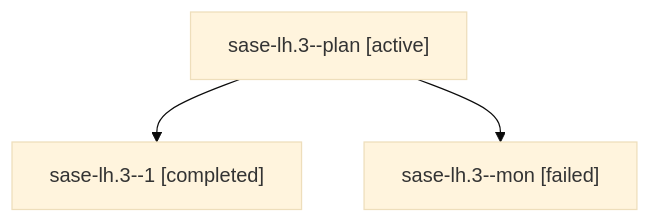
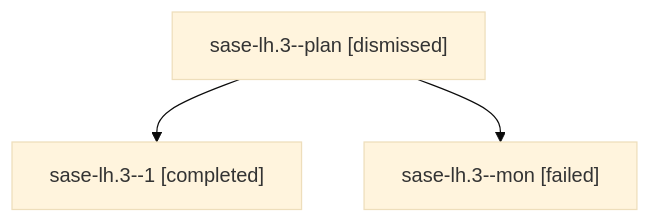
Before and after one commit to sase-org/sase--agents: the diagram in sessions/bbugyi200.athena.sase-lh.3.md, drawn with Mermaid (base theme). The commit also changed other lines of this file and 76 other files, not shown here.

````diff
--- a/sessions/bbugyi200.athena.sase-lh.3.md
+++ b/sessions/bbugyi200.athena.sase-lh.3.md
@@ -9,8 +9,8 @@
 ```mermaid
 flowchart TD
-  n0["sase-lh.3--plan [active]"]
+  n0["sase-lh.3--plan [dismissed]"]
   n1["sase-lh.3--1 [completed]"]
   n0 --> n1
   n2["sase-lh.3--mon [failed]"]
   n0 --> n2
 ```
````
